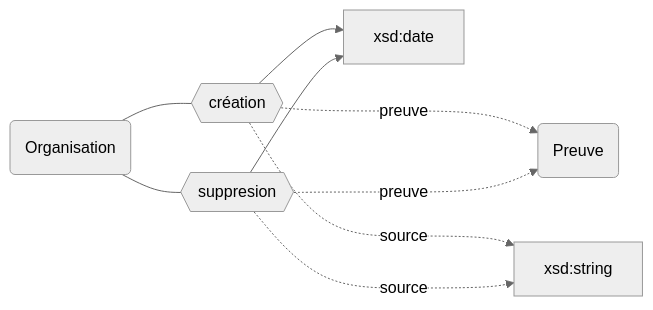
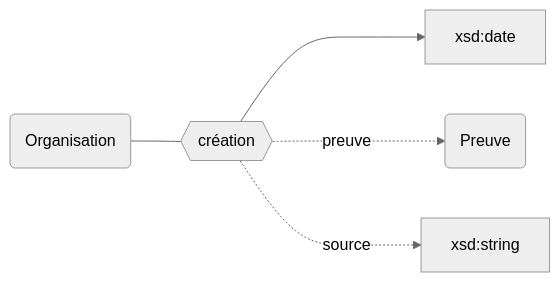
One commit to abes-esr/movies-doc changed the first of 3 diagrams in docs/Modélisation Movies/Existence des établissements.md. Above: the diagram before and after it, drawn with Mermaid (neutral theme). The commit also changed other lines of this file and 28 other files, not shown here.

````diff
--- a/docs/Modélisation Movies/Existence des établissements.md
+++ b/docs/Modélisation Movies/Existence des établissements.md
@@ -3,11 +5,10 @@
 ```mermaid
 graph LR
     ORG("Organisation")
-    ORG --- CREA{{création}} --> xsd:date
-    CREA -..-> |preuve| P(Preuve)
+    CREA{{création}}
+    P(Preuve)
+
+    ORG --- CREA ---> xsd:date
+    CREA -..-> |preuve| P
     CREA -..-> |source| xsd:string
-    
-    ORG --- SUPPR{{suppresion}} -->  xsd:date
-    SUPPR -..-> |preuve| P
-    SUPPR -..-> |source| xsd:string
 ```
````
